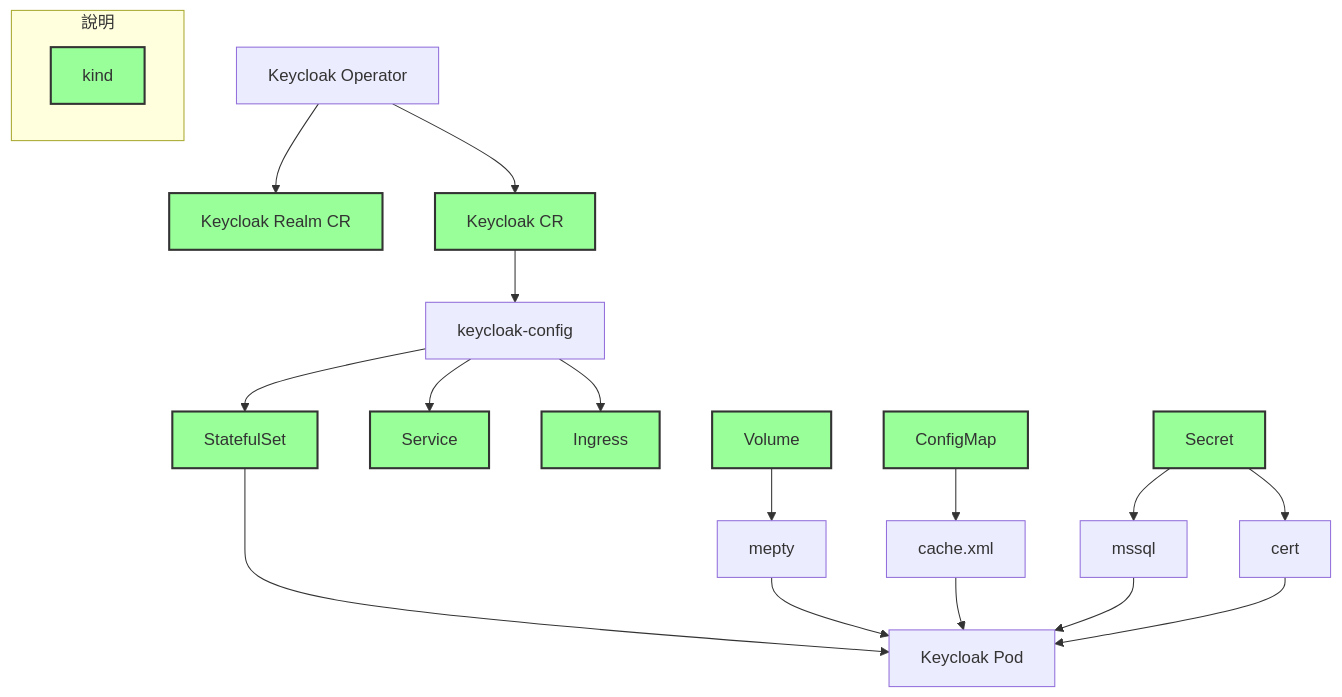
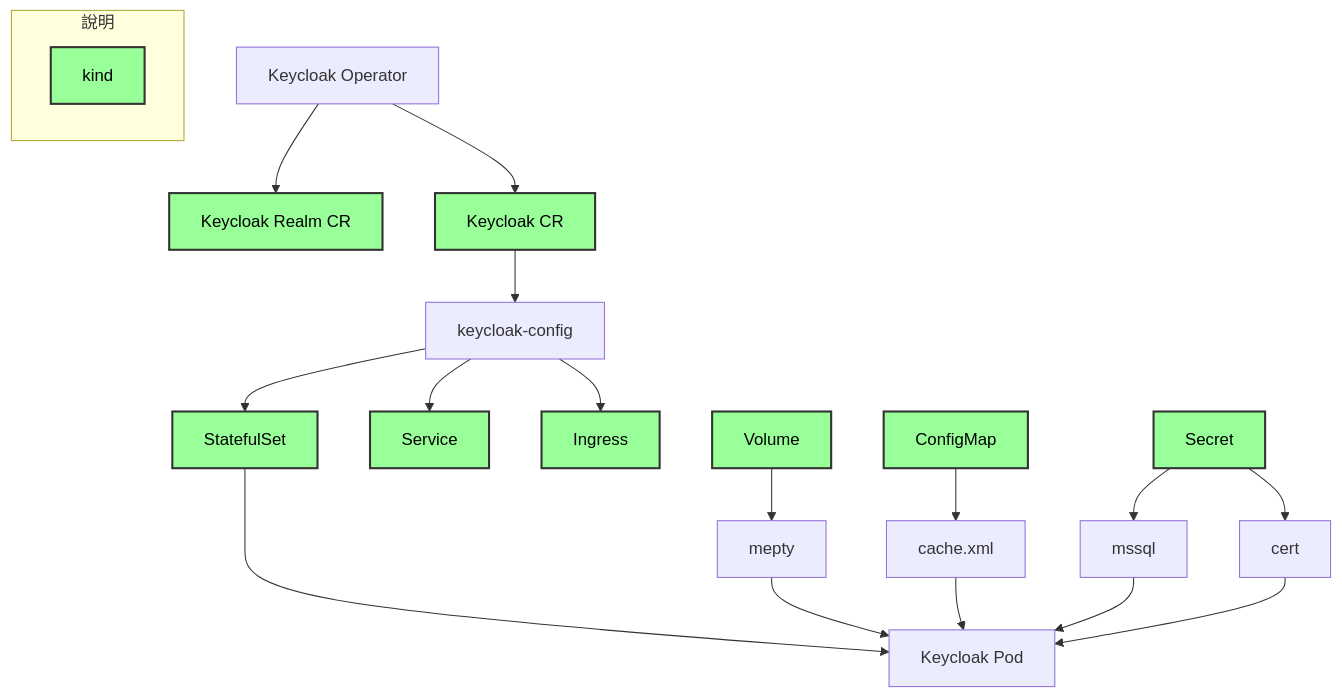
One commit to 48763/kubernetes-note changed the diagram in keycloak/README.md. Above: the diagram before and after it, drawn with Mermaid.

````diff
--- a/keycloak/README.md
+++ b/keycloak/README.md
@@ -5,34 +5,26 @@
 ```mermaid
 graph TD
   A[Keycloak Operator]
     A --> AA[Keycloak Realm CR]
     A --> AB[Keycloak CR] --> ABA[keycloak-config]
       ABA --> ABAA[StatefulSet] ---> ABAAA[Keycloak Pod]
       ABA --> ABAB[Service]
       ABA --> ABAC[Ingress]
 
   B[Volume]
     B --> BA[mepty] --> ABAAA 
 
   C[ConfigMap]
     C --> CA[cache.xml] --> ABAAA
 
   D[Secret]
     D --> DA[mssql] --> ABAAA
     D --> DB[cert] --> ABAAA
 
 subgraph 說明
   Z[kind]
 end
 
-style AA fill:#9f9,stroke:#333,stroke-width:2px
-style AB fill:#9f9,stroke:#333,stroke-width:2px
-style ABAA fill:#9f9,stroke:#333,stroke-width:2px
-style ABAB fill:#9f9,stroke:#333,stroke-width:2px
-style ABAC fill:#9f9,stroke:#333,stroke-width:2px
-style B fill:#9f9,stroke:#333,stroke-width:2px
-style C fill:#9f9,stroke:#333,stroke-width:2px
-style D fill:#9f9,stroke:#333,stroke-width:2px
-style Z fill:#9f9,stroke:#333,stroke-width:2px
-
+classDef kind fill:#9f9,stroke:#333,stroke-width:2px,color:#000000
+class AA,AB,ABAA,ABAB,ABAC,B,C,D,Z kind
 ```
````
